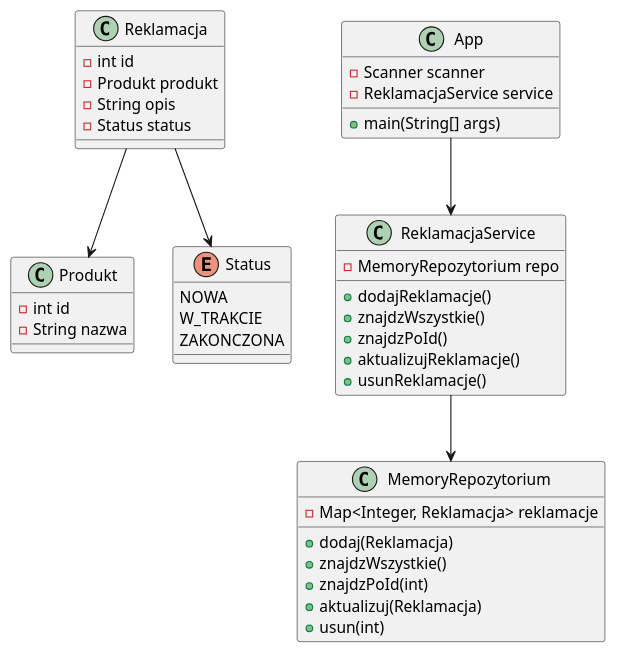
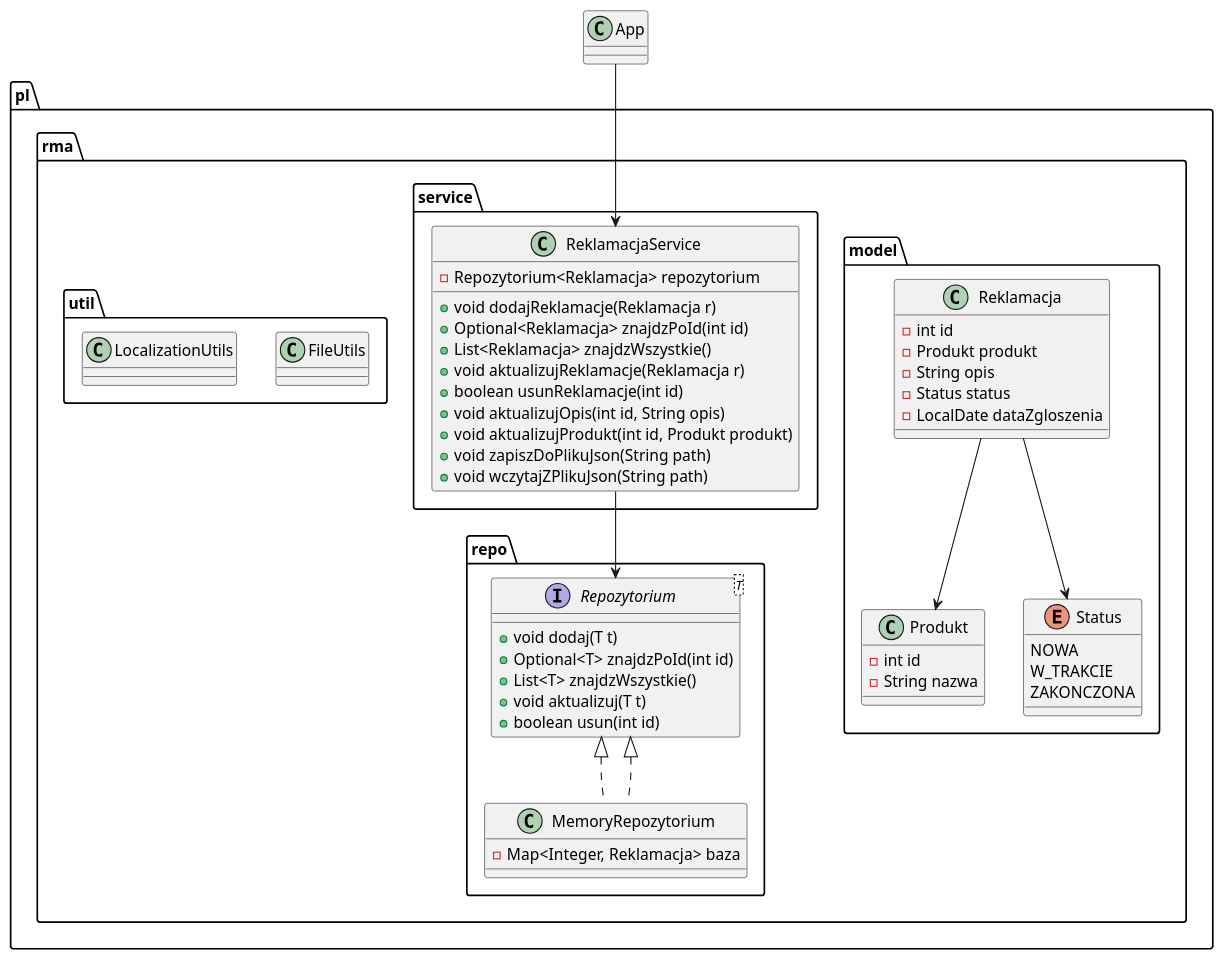
Before and after one commit to GilgameszOwsianka/rma-system: the diagram in docs/uml/class-diagram.puml, drawn with PlantUML.

```diff
--- a/docs/uml/class-diagram.puml
+++ b/docs/uml/class-diagram.puml
@@ -1,48 +1,64 @@
 @startuml
-class Produkt {
+package pl.rma.model {
+  class Produkt {
     - int id
     - String nazwa
-}
+  }
 
-enum Status {
-    NOWA
-    W_TRAKCIE
-    ZAKONCZONA
-}
-
-class Reklamacja {
+  class Reklamacja {
     - int id
     - Produkt produkt
     - String opis
     - Status status
+    - LocalDate dataZgloszenia
+  }
+
+  enum Status {
+    NOWA
+    W_TRAKCIE
+    ZAKONCZONA
+  }
 }
 
-class MemoryRepozytorium {
-    - Map<Integer, Reklamacja> reklamacje
-    + dodaj(Reklamacja)
-    + znajdzWszystkie()
-    + znajdzPoId(int)
-    + aktualizuj(Reklamacja)
-    + usun(int)
+package pl.rma.repo {
+  interface Repozytorium<T> {
+    + void dodaj(T t)
+    + Optional<T> znajdzPoId(int id)
+    + List<T> znajdzWszystkie()
+    + void aktualizuj(T t)
+    + boolean usun(int id)
+  }
+
+  class MemoryRepozytorium implements Repozytorium<Reklamacja> {
+    - Map<Integer, Reklamacja> baza
+  }
 }
 
-class ReklamacjaService {
-    - MemoryRepozytorium repo
-    + dodajReklamacje()
-    + znajdzWszystkie()
-    + znajdzPoId()
-    + aktualizujReklamacje()
-    + usunReklamacje()
+package pl.rma.service {
+  class ReklamacjaService {
+    - Repozytorium<Reklamacja> repozytorium
+    + void dodajReklamacje(Reklamacja r)
+    + Optional<Reklamacja> znajdzPoId(int id)
+    + List<Reklamacja> znajdzWszystkie()
+    + void aktualizujReklamacje(Reklamacja r)
+    + boolean usunReklamacje(int id)
+    + void aktualizujOpis(int id, String opis)
+    + void aktualizujProdukt(int id, Produkt produkt)
+    + void zapiszDoPlikuJson(String path)
+    + void wczytajZPlikuJson(String path)
+  }
 }
 
-class App {
-    - Scanner scanner
-    - ReklamacjaService service
-    + main(String[] args)
+package pl.rma.util {
+  class FileUtils
+  class LocalizationUtils
 }
 
+class App
+
+App --> ReklamacjaService
+ReklamacjaService --> Repozytorium
+Repozytorium <|.. MemoryRepozytorium
 Reklamacja --> Produkt
 Reklamacja --> Status
-ReklamacjaService --> MemoryRepozytorium
-App --> ReklamacjaService
 @enduml
```
